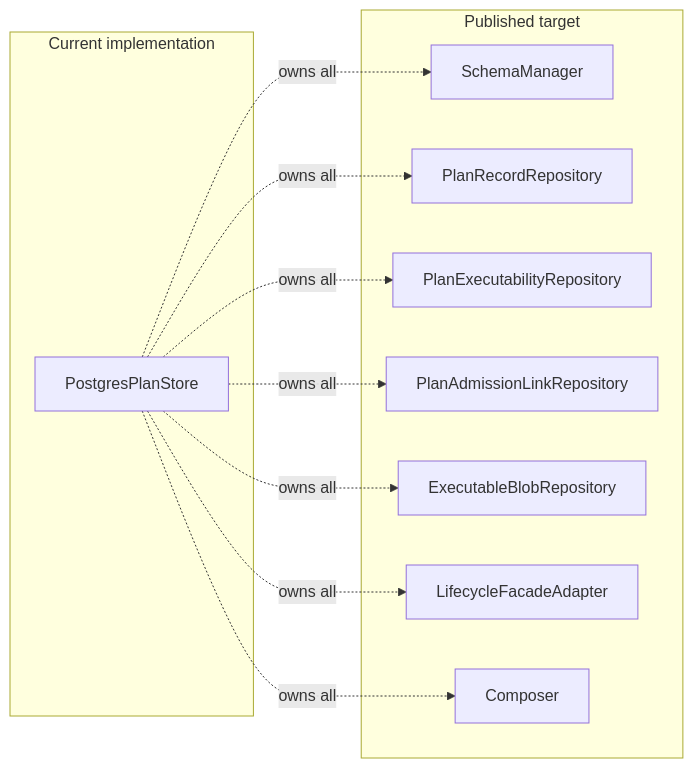
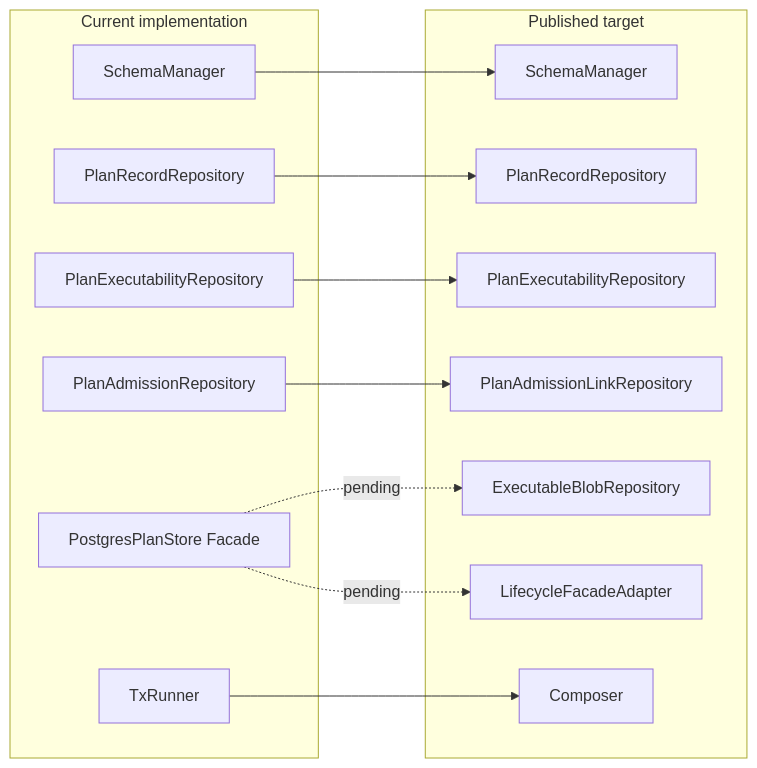
The second of 2 diagrams in docs/planning/reviews/architecture-and-governance/20260403-s08-postgres-plan-store-hard-qa-review.md (dunay2/dvt), drawn with Mermaid before and after one commit. The commit also changed other lines of this file and 2 other files, not shown here.

Commit message:
docs(docs): Update S08 docs after repository split

````diff
--- a/docs/planning/reviews/architecture-and-governance/20260403-s08-postgres-plan-store-hard-qa-review.md
+++ b/docs/planning/reviews/architecture-and-governance/20260403-s08-postgres-plan-store-hard-qa-review.md
@@ -452,24 +452,29 @@
 ```mermaid
 flowchart LR
   subgraph Current[Current implementation]
-    C1[PostgresPlanStore]
+    C1[PostgresPlanStore Facade]
+    C2[SchemaManager]
+    C3[TxRunner]
+    C4[PlanRecordRepository]
+    C5[PlanExecutabilityRepository]
+    C6[PlanAdmissionRepository]
   end
 
   subgraph Target[Published target]
     T1[SchemaManager]
     T2[PlanRecordRepository]
     T3[PlanExecutabilityRepository]
     T4[PlanAdmissionLinkRepository]
     T5[ExecutableBlobRepository]
     T6[LifecycleFacadeAdapter]
     T7[Composer]
   end
 
-  C1 -. owns all .-> T1
-  C1 -. owns all .-> T2
-  C1 -. owns all .-> T3
-  C1 -. owns all .-> T4
-  C1 -. owns all .-> T5
-  C1 -. owns all .-> T6
-  C1 -. owns all .-> T7
+  C2 --> T1
+  C3 --> T7
+  C4 --> T2
+  C5 --> T3
+  C6 --> T4
+  C1 -. pending .-> T5
+  C1 -. pending .-> T6
 ```
````
